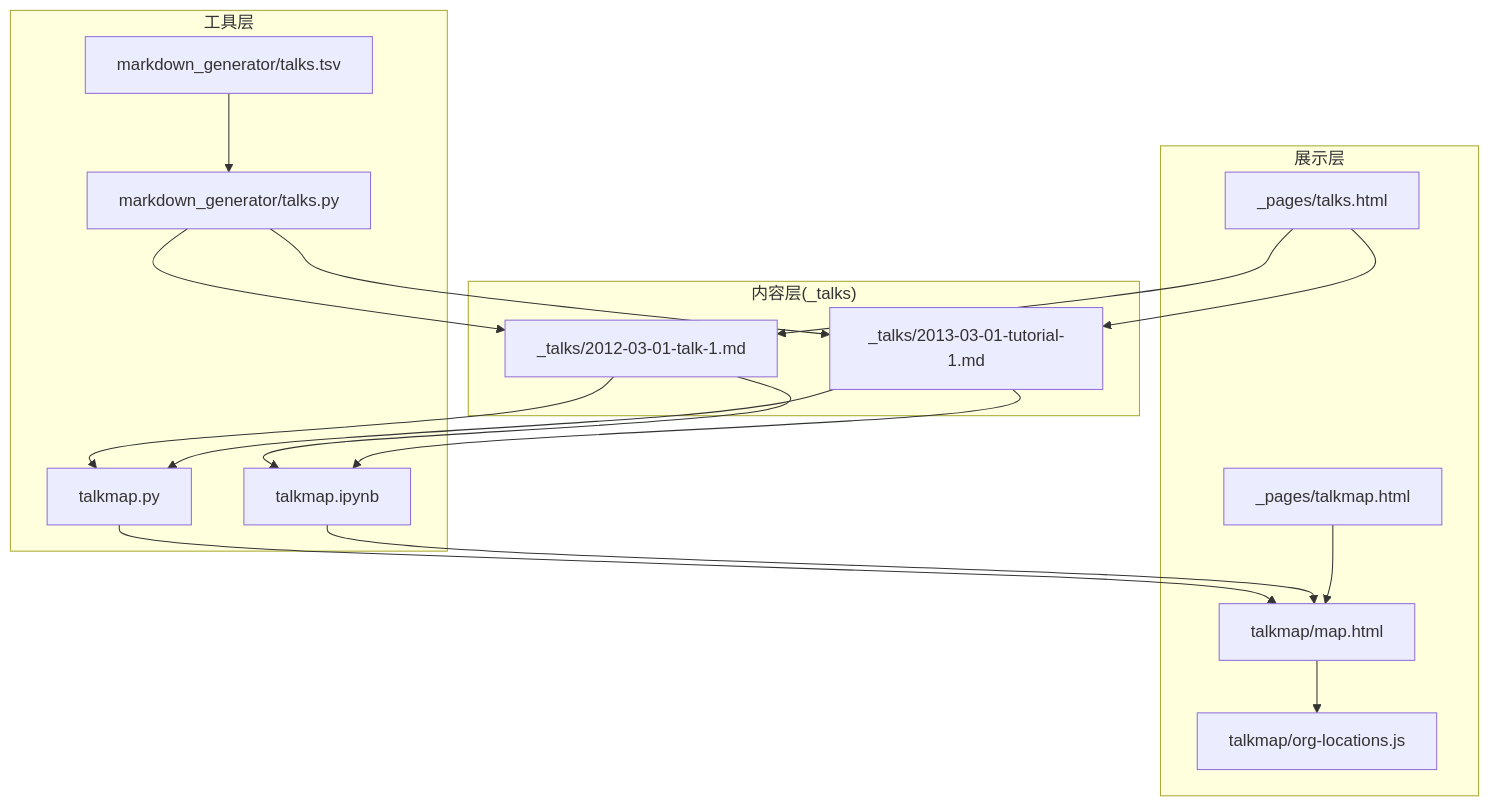
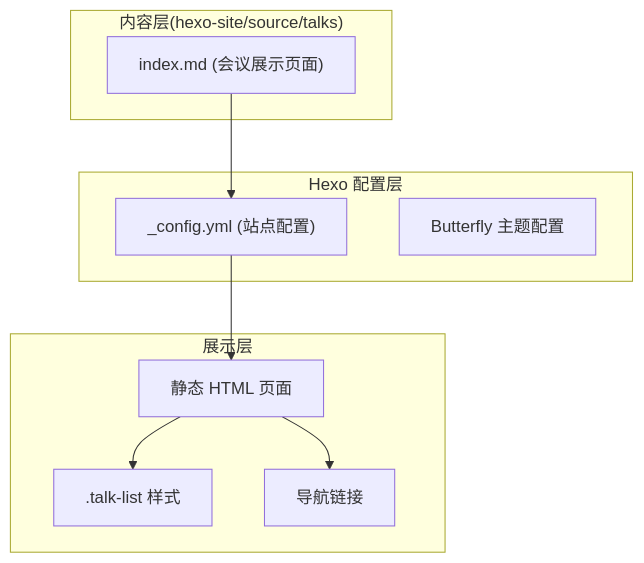
One commit to CoolPig0720/CoolPig0720.github.io changed the first of 4 diagrams in .qoder/repowiki/zh/content/学术功能模块/会议展示功能.md. Above: the diagram before and after it, drawn with Mermaid. The commit also changed other lines of this file and 36 other files, not shown here.

````diff
--- a/.qoder/repowiki/zh/content/学术功能模块/会议展示功能.md
+++ b/.qoder/repowiki/zh/content/学术功能模块/会议展示功能.md
@@ -48,32 +48,19 @@
 ```mermaid
 graph TB
-subgraph "内容层(_talks)"
-M1["_talks/2012-03-01-talk-1.md"]
-M2["_talks/2013-03-01-tutorial-1.md"]
+subgraph "内容层(hexo-site/source/talks)"
+M1["index.md (会议展示页面)"]
 end
-subgraph "工具层"
-PY["talkmap.py"]
-NB["talkmap.ipynb"]
-MG["markdown_generator/talks.py"]
-TS["markdown_generator/talks.tsv"]
+subgraph "Hexo 配置层"
+CFG["_config.yml (站点配置)"]
+THEME["Butterfly 主题配置"]
 end
 subgraph "展示层"
-J1["_pages/talks.html"]
-J2["_pages/talkmap.html"]
-MAP["talkmap/map.html"]
-JS["talkmap/org-locations.js"]
+HTML["静态 HTML 页面"]
+CSS[".talk-list 样式"]
+NAV["导航链接"]
 end
-M1 --> PY
-M2 --> PY
-M1 --> NB
-M2 --> NB
-TS --> MG
-MG --> M1
-MG --> M2
-PY --> MAP
-NB --> MAP
-MAP --> JS
-J1 --> M1
-J1 --> M2
-J2 --> MAP
+M1 --> CFG
+CFG --> HTML
+HTML --> CSS
+HTML --> NAV
 ```
````
